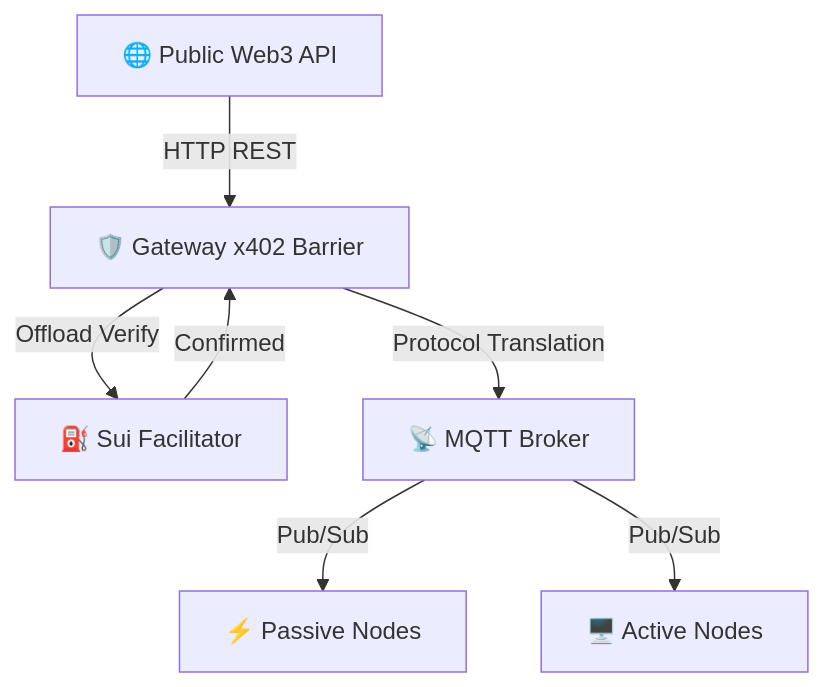
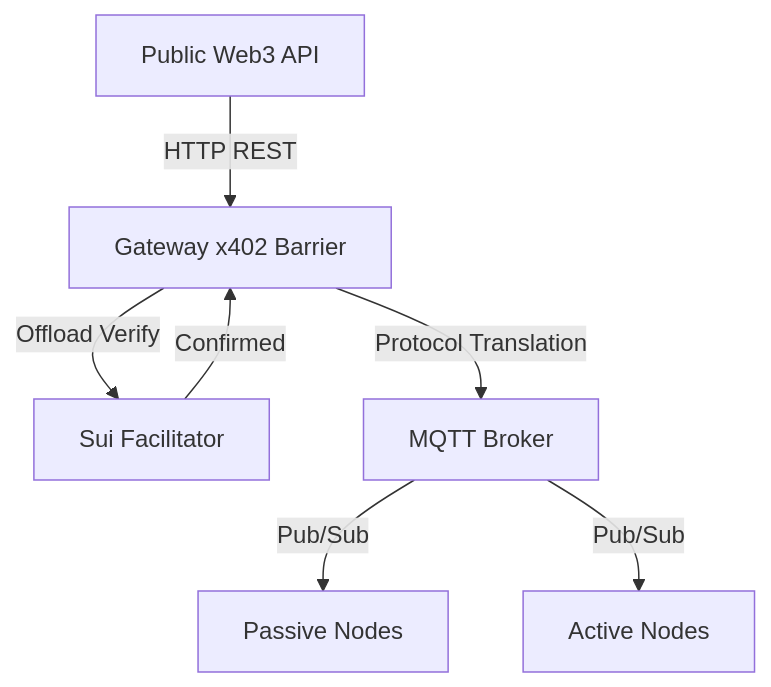
One commit to altaga/Aether changed the third of 6 diagrams in README.md. Above: the diagram before and after it, drawn with Mermaid. The commit also changed other lines of this file and 2 other files, not shown here.

````diff
--- a/README.md
+++ b/README.md
@@ -152,9 +156,9 @@
 ```mermaid
 graph TD
-    API[🌐 Public Web3 API] -->|HTTP REST| Auth[🛡️ Gateway x402 Barrier]
-    Auth -->|Offload Verify| Facil[⛽ Sui Facilitator]
+    API[Public Web3 API] -->|HTTP REST| Auth[Gateway x402 Barrier]
+    Auth -->|Offload Verify| Facil[Sui Facilitator]
     Facil -->|Confirmed| Auth
-    Auth -->|Protocol Translation| Broker[📡 MQTT Broker]
-    Broker -->|Pub/Sub| Passive[⚡ Passive Nodes]
-    Broker -->|Pub/Sub| Active[🖥️ Active Nodes]
+    Auth -->|Protocol Translation| Broker[MQTT Broker]
+    Broker -->|Pub/Sub| Passive[Passive Nodes]
+    Broker -->|Pub/Sub| Active[Active Nodes]
 ```
````
